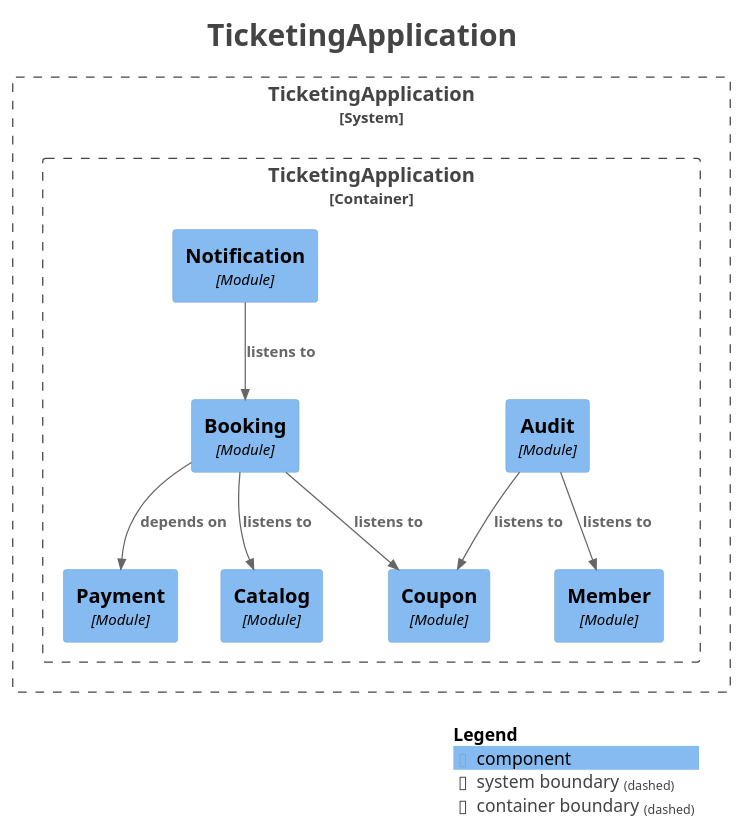
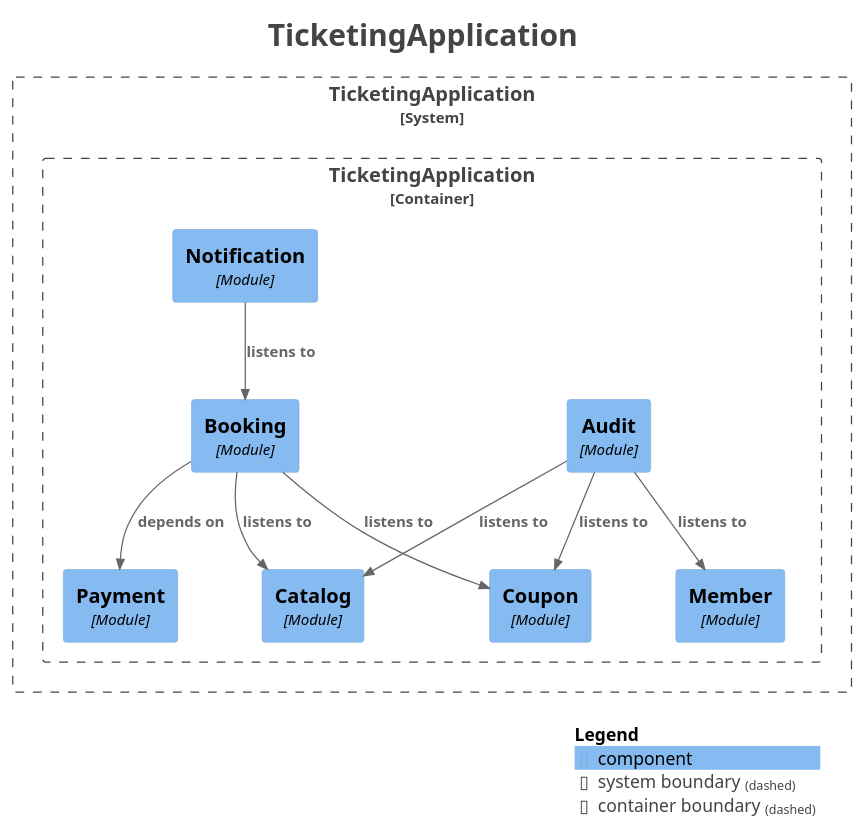
One commit to jkonury/ticketing changed the diagram in docs/modulith/components.puml. Above: the diagram before and after it, drawn with PlantUML. The commit also changed 19 other files, not shown here.

```diff
--- a/docs/modulith/components.puml
+++ b/docs/modulith/components.puml
@@ -1,40 +1,41 @@
 @startuml
 title <size:24>TicketingApplication</size>
 
 set separator none
 top to bottom direction
 
 <style>
   root {
     BackgroundColor: #ffffff
     FontColor: #444444
   }
 </style>
 
 !include <C4/C4>
 !include <C4/C4_Context>
 !include <C4/C4_Component>
 
 System_Boundary("TicketingApplication_boundary", "TicketingApplication", $tags="") {
   Container_Boundary("TicketingApplication.TicketingApplication_boundary", "TicketingApplication", $tags="") {
     Component(TicketingApplication.TicketingApplication.Catalog, "Catalog", $techn="Module", $descr="", $tags="", $link="")
     Component(TicketingApplication.TicketingApplication.Coupon, "Coupon", $techn="Module", $descr="", $tags="", $link="")
     Component(TicketingApplication.TicketingApplication.Member, "Member", $techn="Module", $descr="", $tags="", $link="")
     Component(TicketingApplication.TicketingApplication.Payment, "Payment", $techn="Module", $descr="", $tags="", $link="")
     Component(TicketingApplication.TicketingApplication.Audit, "Audit", $techn="Module", $descr="", $tags="", $link="")
     Component(TicketingApplication.TicketingApplication.Booking, "Booking", $techn="Module", $descr="", $tags="", $link="")
     Component(TicketingApplication.TicketingApplication.Notification, "Notification", $techn="Module", $descr="", $tags="", $link="")
   }
 
 }
 
+Rel(TicketingApplication.TicketingApplication.Notification, TicketingApplication.TicketingApplication.Booking, "listens to", $techn="", $tags="", $link="")
 Rel(TicketingApplication.TicketingApplication.Booking, TicketingApplication.TicketingApplication.Coupon, "listens to", $techn="", $tags="", $link="")
 Rel(TicketingApplication.TicketingApplication.Booking, TicketingApplication.TicketingApplication.Catalog, "listens to", $techn="", $tags="", $link="")
 Rel(TicketingApplication.TicketingApplication.Booking, TicketingApplication.TicketingApplication.Payment, "depends on", $techn="", $tags="", $link="")
 Rel(TicketingApplication.TicketingApplication.Audit, TicketingApplication.TicketingApplication.Coupon, "listens to", $techn="", $tags="", $link="")
 Rel(TicketingApplication.TicketingApplication.Audit, TicketingApplication.TicketingApplication.Member, "listens to", $techn="", $tags="", $link="")
-Rel(TicketingApplication.TicketingApplication.Notification, TicketingApplication.TicketingApplication.Booking, "listens to", $techn="", $tags="", $link="")
+Rel(TicketingApplication.TicketingApplication.Audit, TicketingApplication.TicketingApplication.Catalog, "listens to", $techn="", $tags="", $link="")
 
 SHOW_LEGEND(true)
 hide stereotypes
 @enduml
```
